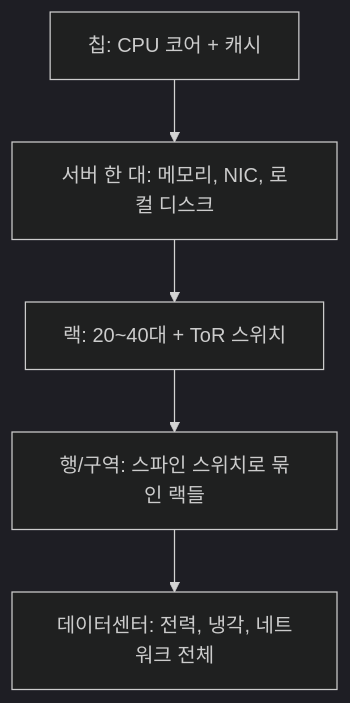
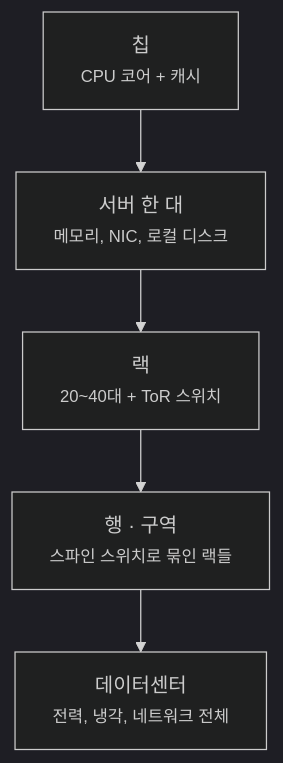
One commit to ssyrc/ssyrc.github.io changed the diagram in _posts/ko/2026-09-15-datacenter-as-one-computer.md. Above: the diagram before and after it, drawn with Mermaid (dark theme). The commit also changed other lines of this file and 11 other files, not shown here.

First line of the commit message:
Use a handwriting font in diagrams and soften the writing voice

````diff
--- a/_posts/ko/2026-09-15-datacenter-as-one-computer.md
+++ b/_posts/ko/2026-09-15-datacenter-as-one-computer.md
@@ -23,7 +23,7 @@
 ```mermaid
-graph TD
-    A[칩: CPU 코어 + 캐시] --> B[서버 한 대: 메모리, NIC, 로컬 디스크]
-    B --> C[랙: 20~40대 + ToR 스위치]
-    C --> D[행/구역: 스파인 스위치로 묶인 랙들]
-    D --> E[데이터센터: 전력, 냉각, 네트워크 전체]
+flowchart TD
+    A["칩<br/><small>CPU 코어 + 캐시</small>"] --> B["서버 한 대<br/><small>메모리, NIC, 로컬 디스크</small>"]
+    B --> C["랙<br/><small>20~40대 + ToR 스위치</small>"]
+    C --> D["행 · 구역<br/><small>스파인 스위치로 묶인 랙들</small>"]
+    D --> E["데이터센터<br/><small>전력, 냉각, 네트워크 전체</small>"]
 ```
````
